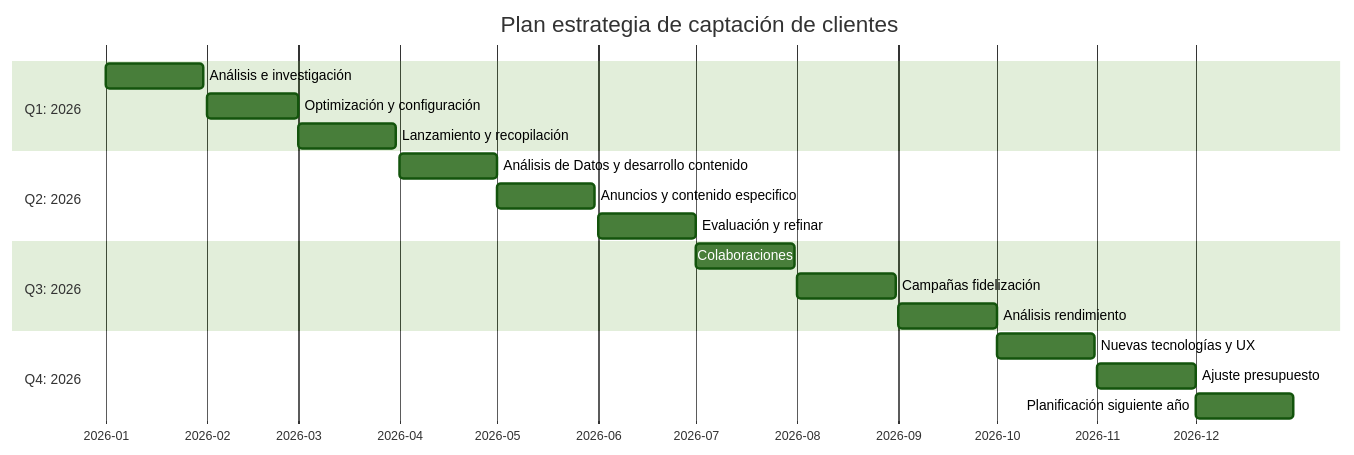
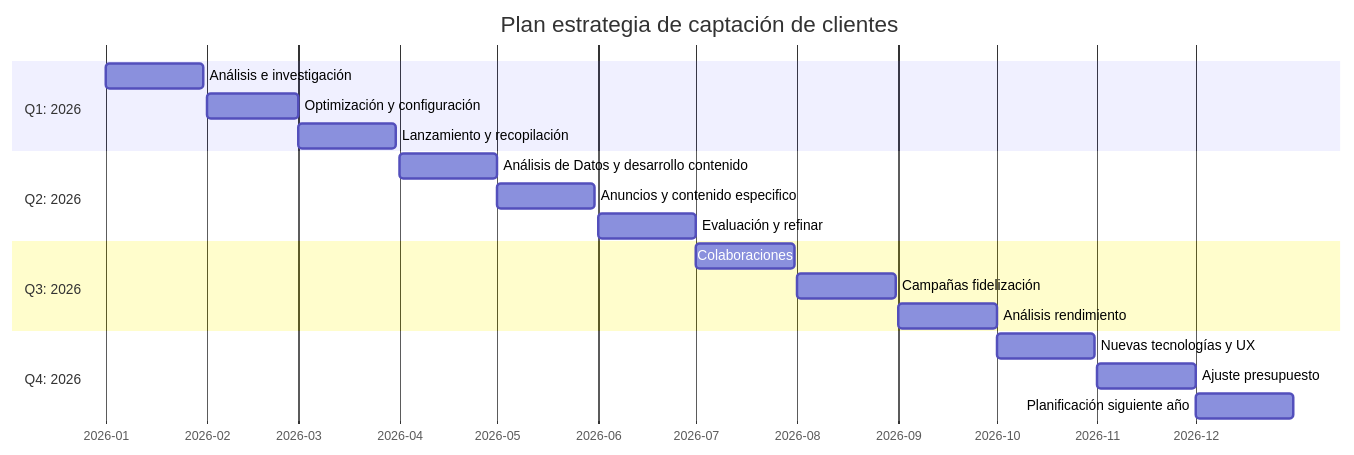
One commit to EOBS-MIDE/EcoSmart changed the diagram in docs/estrategiaCaptacionFidelizacion/estrategiaCaptacion.md. Above: the diagram before and after it, drawn with Mermaid.

Commit message:
cambio tema de diagrama

````diff
--- a/docs/estrategiaCaptacionFidelizacion/estrategiaCaptacion.md
+++ b/docs/estrategiaCaptacionFidelizacion/estrategiaCaptacion.md
@@ -10,27 +10,27 @@
 ```mermaid
 ---
 config:
-  theme: forest
+  theme: default
 ---
 gantt
     title Plan estrategia de captación de clientes
     dateFormat  YYYY-MM-DD
     axisFormat %Y-%m
 
     section Q1: 2026
         Análisis e investigación : a1, 2026-01-01, 30d
         Optimización y configuración : a2, 2026-02-01, 28d
         Lanzamiento y recopilación : a3, 2026-03-01, 30d
     section Q2: 2026 
         Análisis de Datos y desarrollo contenido : a4, 2026-04-01, 30d
         Anuncios y contenido especifico : a5, 2026-05-01, 30d
         Evaluación y refinar : a6, 2026-06-01, 30d
     section Q3: 2026 
         Colaboraciones : a7, 2026-07-01, 30d
         Campañas fidelización : a8, 2026-08-01, 30d
         Análisis rendimiento : a9, 2026-09-01, 30d
     section Q4: 2026 
         Nuevas tecnologías y UX : a10, 2026-10-01, 30d
         Ajuste presupuesto : a11, 2026-11-01, 30d
         Planificación siguiente año : a12, 2026-12-01, 30d
 ```
````
